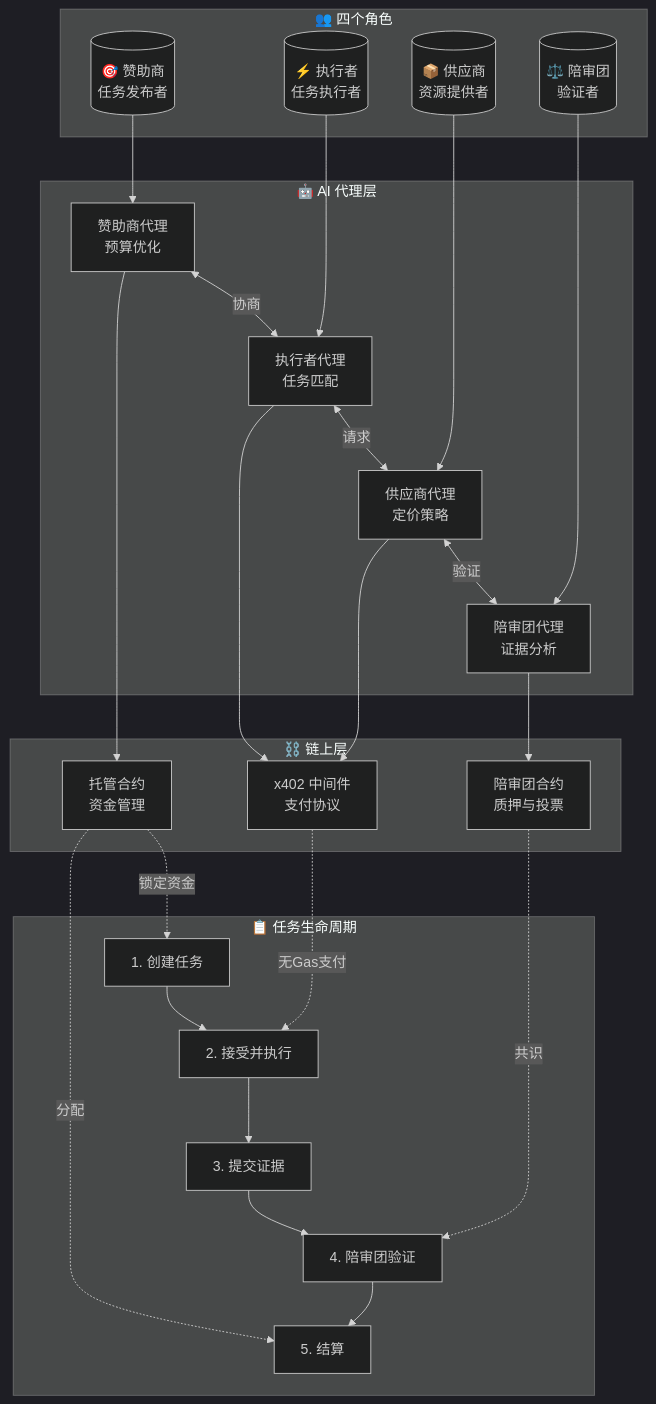
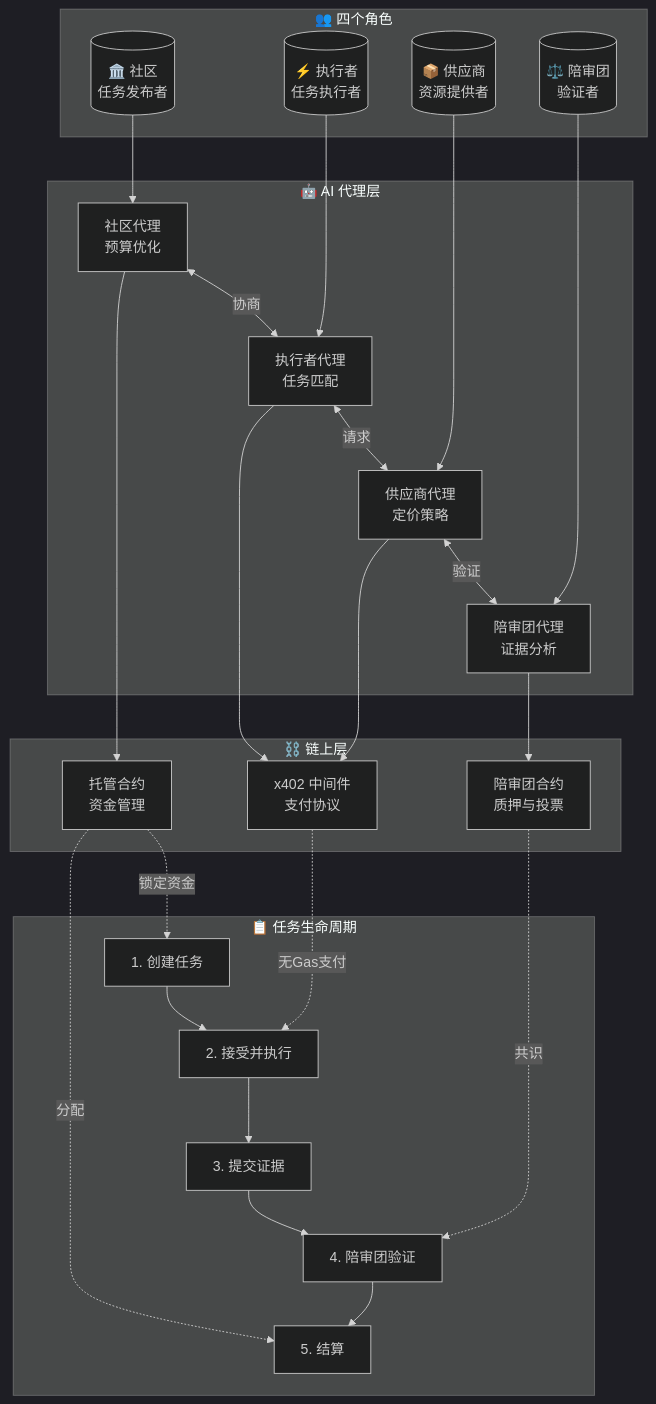
The third of 4 diagrams in README.md (MushroomDAO/MyTask), drawn with Mermaid (dark theme) before and after one commit. The commit also changed other lines of this file and 20 other files, not shown here.

````diff
--- a/README.md
+++ b/README.md
@@ -188,50 +188,50 @@
 ```mermaid
 flowchart TB
     subgraph Users["👥 四个角色"]
-        S[("🎯 赞助商<br/>任务发布者")]
+        S[("🏛️ 社区<br/>任务发布者")]
         T[("⚡ 执行者<br/>任务执行者")]
         P[("📦 供应商<br/>资源提供者")]
         J[("⚖️ 陪审团<br/>验证者")]
     end
 
     subgraph Agents["🤖 AI 代理层"]
-        SA["赞助商代理<br/>预算优化"]
+        SA["社区代理<br/>预算优化"]
         TA["执行者代理<br/>任务匹配"]
         PA["供应商代理<br/>定价策略"]
         JA["陪审团代理<br/>证据分析"]
     end
 
     subgraph Chain["⛓️ 链上层"]
         ESC["托管合约<br/>资金管理"]
         JURY["陪审团合约<br/>质押与投票"]
         X402["x402 中间件<br/>支付协议"]
     end
 
     subgraph Flow["📋 任务生命周期"]
         F1["1. 创建任务"]
         F2["2. 接受并执行"]
         F3["3. 提交证据"]
         F4["4. 陪审团验证"]
         F5["5. 结算"]
     end
 
     S --> SA
     T --> TA
     P --> PA
     J --> JA
 
     SA <-->|"协商"| TA
     TA <-->|"请求"| PA
     PA <-->|"验证"| JA
 
     SA --> ESC
     TA --> X402
     PA --> X402
     JA --> JURY
 
     F1 --> F2 --> F3 --> F4 --> F5
     ESC -.->|"锁定资金"| F1
     X402 -.->|"无Gas支付"| F2
     JURY -.->|"共识"| F4
     ESC -.->|"分配"| F5
 ```
````
